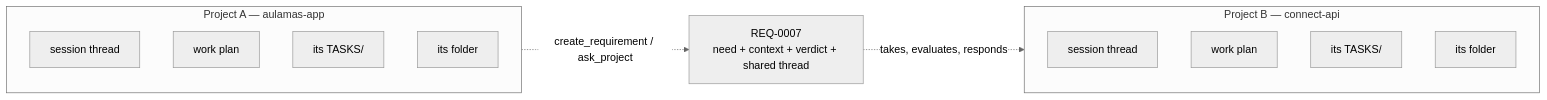
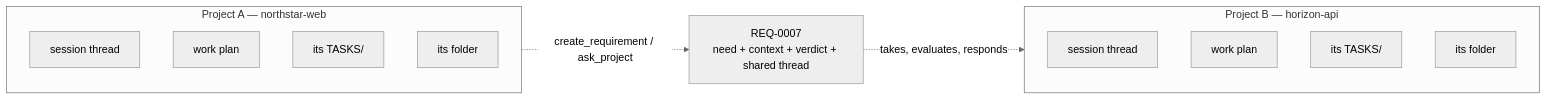
One commit to JhonaCodes/keel-ui changed the first of 4 diagrams in docs/product/05-multiple-projects.md. Above: the diagram before and after it, drawn with Mermaid (neutral theme). The commit also changed other lines of this file and 178 other files, not shown here.

````diff
--- a/docs/product/05-multiple-projects.md
+++ b/docs/product/05-multiple-projects.md
@@ -9,18 +9,18 @@
 ```mermaid
 flowchart LR
-    subgraph A["Project A — aulamas-app"]
+    subgraph A["Project A — northstar-web"]
         HA["session thread"]
         PA["work plan"]
         TA["its TASKS/"]
         CA["its folder"]
     end
-    subgraph B["Project B — connect-api"]
+    subgraph B["Project B — horizon-api"]
         HB["session thread"]
         PB["work plan"]
         TB["its TASKS/"]
         CB["its folder"]
     end
 
     A -. "create_requirement / ask_project" .-> REQ["REQ-0007<br>need + context + verdict + shared thread"]
     REQ -. "takes, evaluates, responds" .-> B
 ```
````
